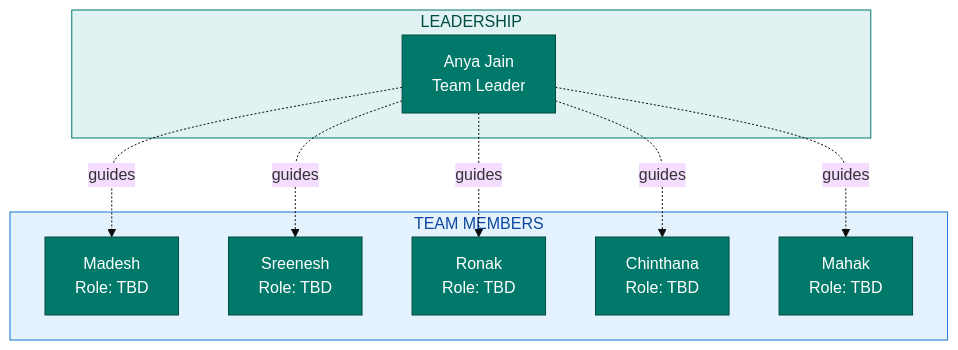
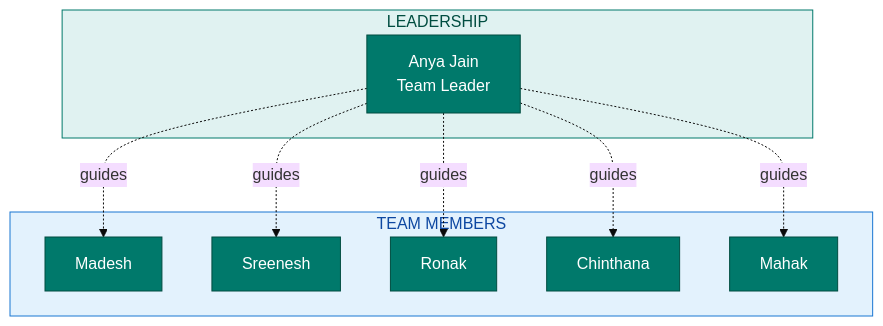
One commit to Anyajain-Tech/IMU-Dead-Reckoning changed the tenth of 16 diagrams in README.md. Above: the diagram before and after it, drawn with Mermaid (base theme). The commit also changed other lines of this file, not shown here.

````diff
--- a/README.md
+++ b/README.md
@@ -294,23 +285,23 @@
 ```mermaid
 flowchart TB
     subgraph LEAD["LEADERSHIP"]
         M1["Anya Jain<br/>Team Leader"]
     end
     subgraph MEMBERS["TEAM MEMBERS"]
-        M2["Madesh<br/>Role: TBD"]
-        M3["Sreenesh<br/>Role: TBD"]
-        M4["Ronak<br/>Role: TBD"]
-        M5["Chinthana<br/>Role: TBD"]
-        M6["Mahak<br/>Role: TBD"]
+        M2["Madesh"]
+        M3["Sreenesh"]
+        M4["Ronak"]
+        M5["Chinthana"]
+        M6["Mahak"]
     end
     M1 -.->|"guides"| M2
     M1 -.->|"guides"| M3
     M1 -.->|"guides"| M4
     M1 -.->|"guides"| M5
     M1 -.->|"guides"| M6
 
     classDef member fill:#00796b,stroke:#004d40,color:#fff
     class M1,M2,M3,M4,M5,M6 member
     style LEAD fill:#e0f2f1,stroke:#00796b,color:#004d40
     style MEMBERS fill:#e3f2fd,stroke:#1976d2,color:#0d47a1
 ```
````
